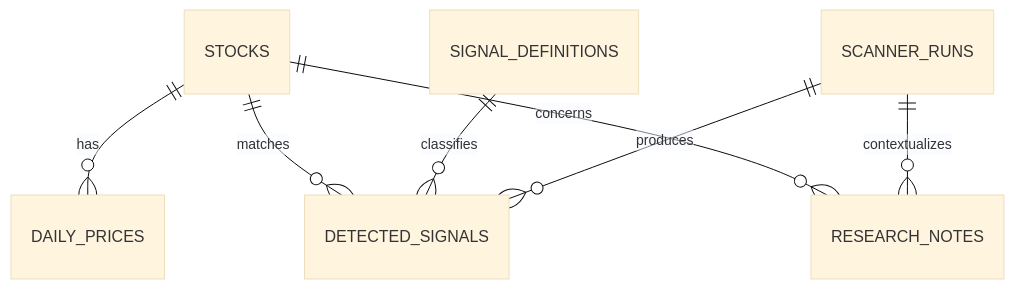
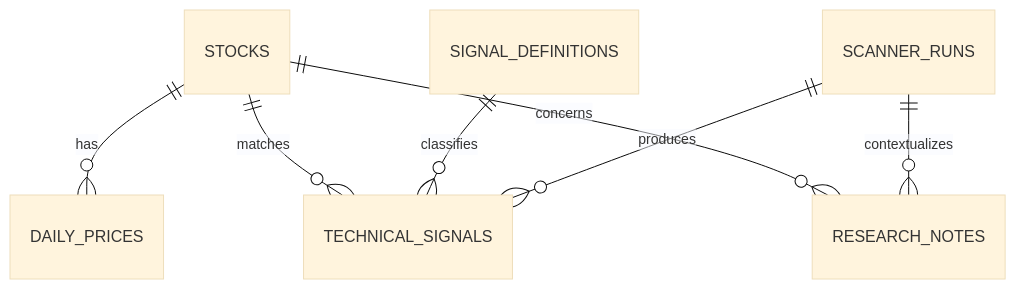
One commit to MinGGGoD/ai-quant-research-platform changed the diagram in docs/03_database_design.md. Above: the diagram before and after it, drawn with Mermaid (base theme). The commit also changed other lines of this file and 22 other files, not shown here.

````diff
--- a/docs/03_database_design.md
+++ b/docs/03_database_design.md
@@ -24,9 +24,9 @@
 ```mermaid
 erDiagram
     STOCKS ||--o{ DAILY_PRICES : has
-    STOCKS ||--o{ DETECTED_SIGNALS : matches
-    SIGNAL_DEFINITIONS ||--o{ DETECTED_SIGNALS : classifies
-    SCANNER_RUNS ||--o{ DETECTED_SIGNALS : produces
+    STOCKS ||--o{ TECHNICAL_SIGNALS : matches
+    SIGNAL_DEFINITIONS ||--o{ TECHNICAL_SIGNALS : classifies
+    SCANNER_RUNS ||--o{ TECHNICAL_SIGNALS : produces
     STOCKS ||--o{ RESEARCH_NOTES : concerns
     SCANNER_RUNS ||--o{ RESEARCH_NOTES : contextualizes
 ```
````
